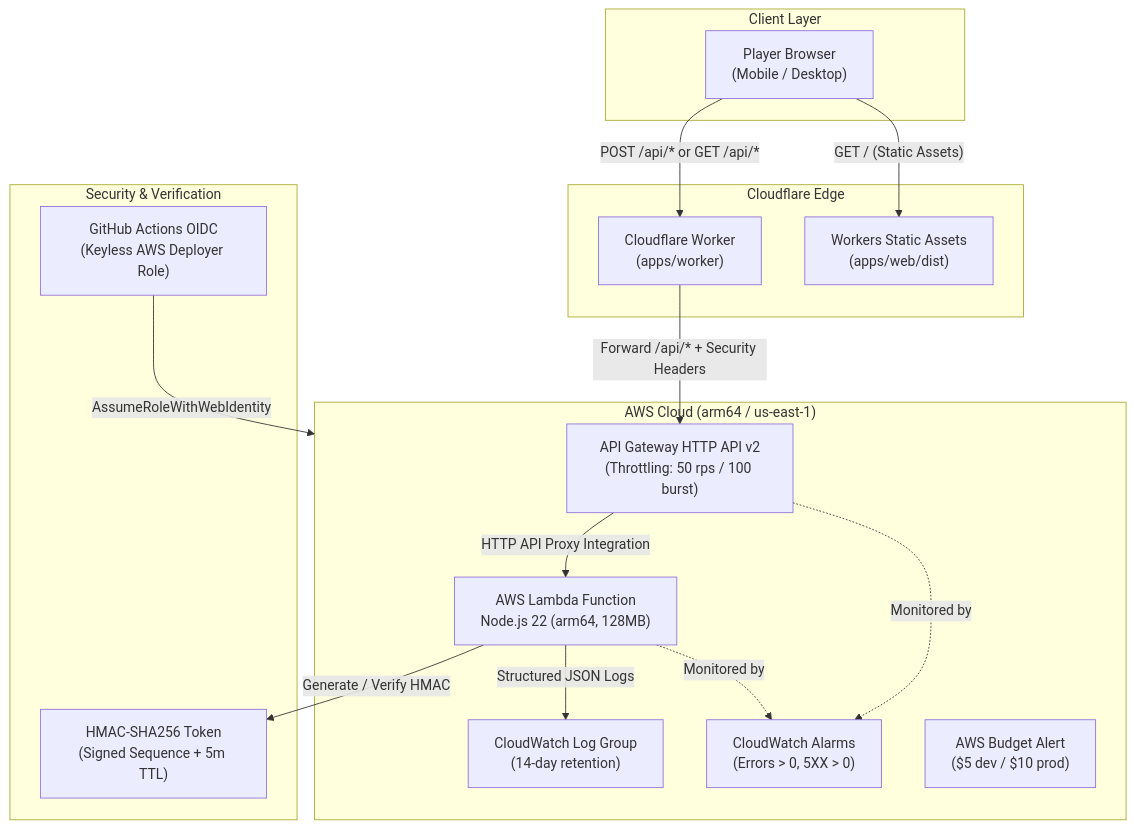
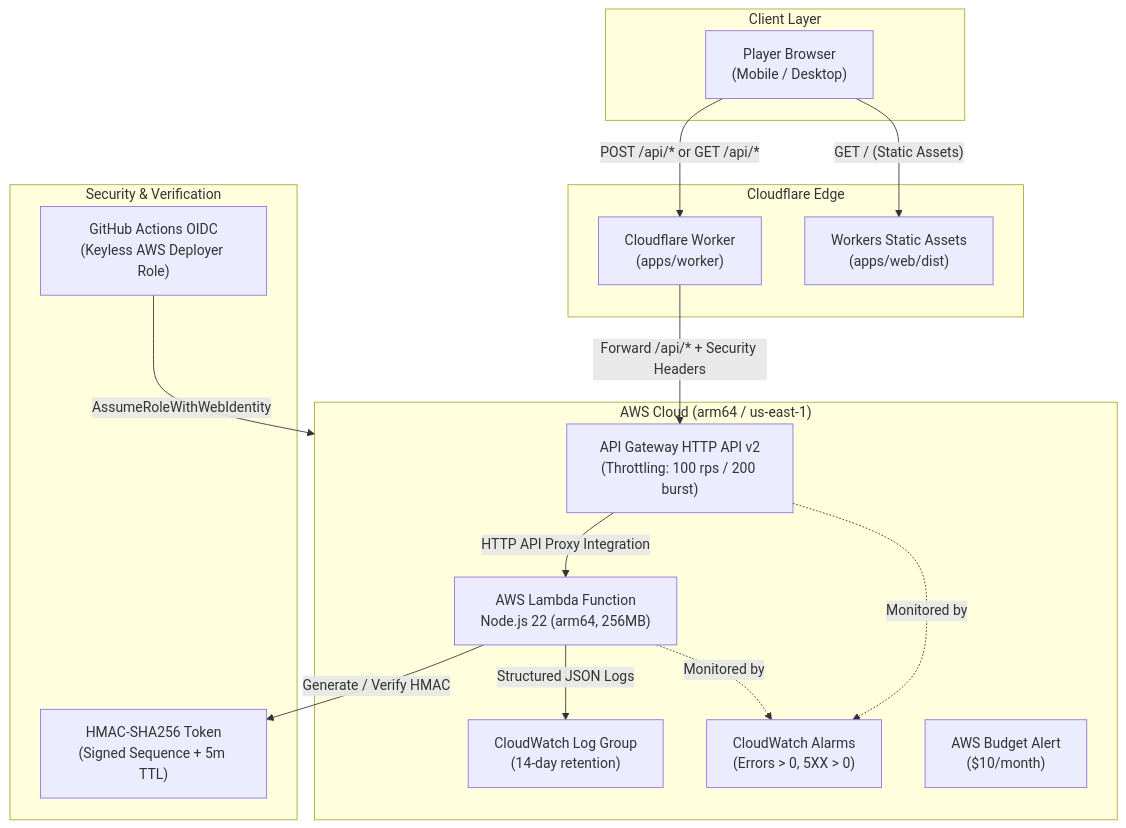
Before and after one commit to abhay113/pulse: the diagram in README.md, drawn with Mermaid. The commit also changed other lines of this file and 13 other files, not shown here.

````diff
--- a/README.md
+++ b/README.md
@@ -11,34 +11,34 @@
 ```mermaid
 flowchart TD
     subgraph Client ["Client Layer"]
         User["Player Browser\n(Mobile / Desktop)"]
     end
 
     subgraph Cloudflare ["Cloudflare Edge"]
         CFWorker["Cloudflare Worker\n(apps/worker)"]
         CFAssets["Workers Static Assets\n(apps/web/dist)"]
     end
 
     subgraph AWS ["AWS Cloud (arm64 / us-east-1)"]
-        APIGW["API Gateway HTTP API v2\n(Throttling: 50 rps / 100 burst)"]
-        Lambda["AWS Lambda Function\nNode.js 22 (arm64, 128MB)"]
+        APIGW["API Gateway HTTP API v2\n(Throttling: 100 rps / 200 burst)"]
+        Lambda["AWS Lambda Function\nNode.js 22 (arm64, 256MB)"]
         CWLogs["CloudWatch Log Group\n(14-day retention)"]
         CWAlarms["CloudWatch Alarms\n(Errors > 0, 5XX > 0)"]
-        Budget["AWS Budget Alert\n($5 dev / $10 prod)"]
+        Budget["AWS Budget Alert\n($10/month)"]
     end
 
     subgraph Security ["Security & Verification"]
         HMAC["HMAC-SHA256 Token\n(Signed Sequence + 5m TTL)"]
         OIDC["GitHub Actions OIDC\n(Keyless AWS Deployer Role)"]
     end
 
     User -->|"GET / (Static Assets)"| CFAssets
     User -->|"POST /api/* or GET /api/*"| CFWorker
     CFWorker -->|"Forward /api/* + Security Headers"| APIGW
     APIGW -->|"HTTP API Proxy Integration"| Lambda
     Lambda -->|"Generate / Verify HMAC"| HMAC
     Lambda -->|"Structured JSON Logs"| CWLogs
     Lambda -.->|"Monitored by"| CWAlarms
     APIGW -.->|"Monitored by"| CWAlarms
     OIDC -->|"AssumeRoleWithWebIdentity"| AWS
 ```
````
